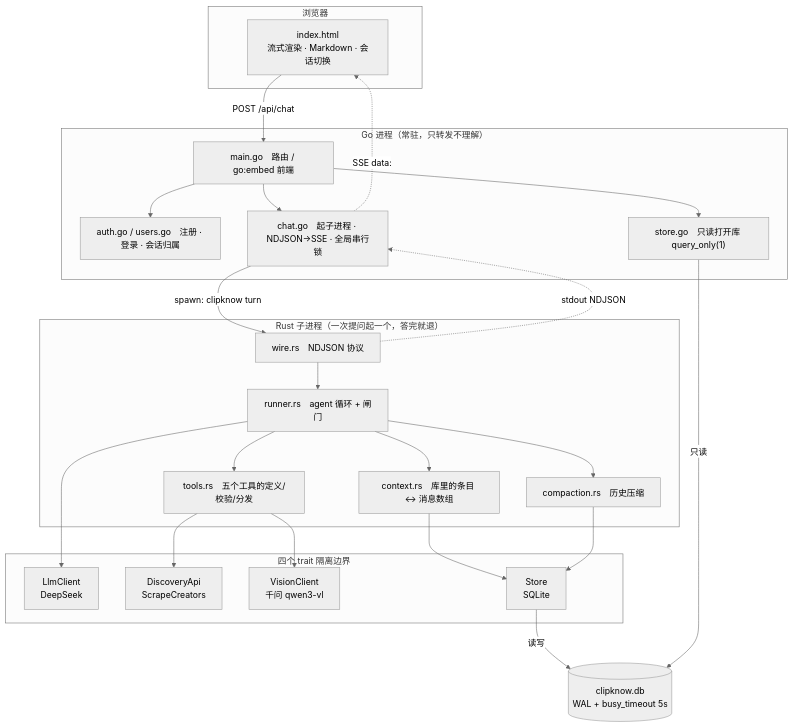
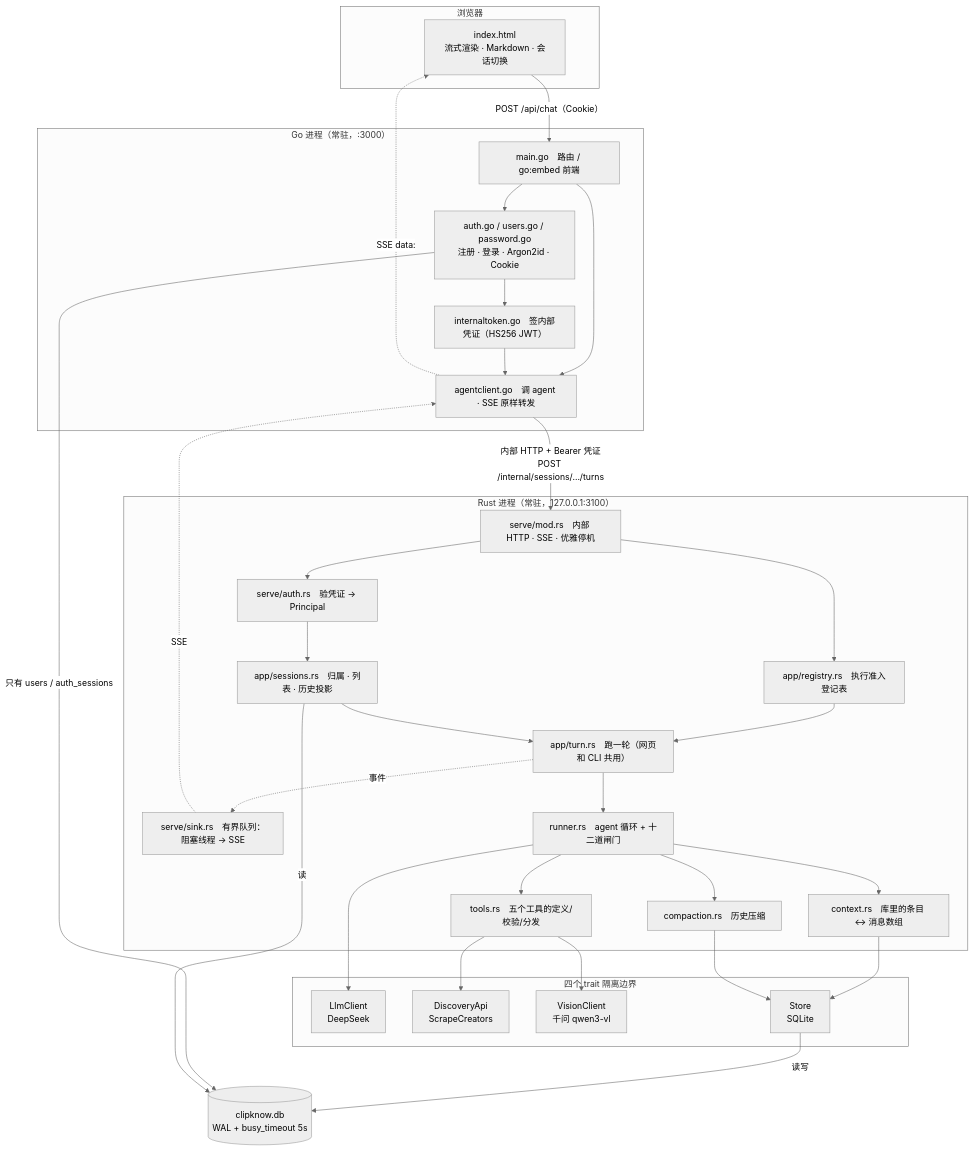
The diagram in README.md (hzroww/ClipKnow), drawn with Mermaid (neutral theme) before and after one commit. The commit also changed other lines of this file and 1 other file, not shown here.

First line of the commit message:
阶段 B ⑤：README 跟上两个常驻服务，agent 容器加停机宽限期

````diff
--- a/README.md
+++ b/README.md
@@ -24,49 +25,62 @@
 ```mermaid
 flowchart TB
     subgraph B["浏览器"]
         UI["index.html<br/>流式渲染 · Markdown · 会话切换"]
     end
 
-    subgraph G["Go 进程（常驻，只转发不理解）"]
+    subgraph G["Go 进程（常驻，:3000）"]
         RT["main.go　路由 / go:embed 前端"]
-        AC["auth.go / users.go　注册 · 登录 · 会话归属"]
-        ST["store.go　只读打开库 query_only(1)"]
-        CH["chat.go　起子进程 · NDJSON→SSE · 全局串行锁"]
+        AU["auth.go / users.go / password.go<br/>注册 · 登录 · Argon2id · Cookie"]
+        TK["internaltoken.go　签内部凭证（HS256 JWT）"]
+        AG["agentclient.go　调 agent · SSE 原样转发"]
     end
 
-    subgraph R["Rust 子进程（一次提问起一个，答完就退）"]
-        WI["wire.rs　NDJSON 协议"]
-        RU["runner.rs　agent 循环 + 闸门"]
+    subgraph R["Rust 进程（常驻，127.0.0.1:3100）"]
+        HT["serve/mod.rs　内部 HTTP · SSE · 优雅停机"]
+        VF["serve/auth.rs　验凭证 → Principal"]
+        SK["serve/sink.rs　有界队列：阻塞线程 → SSE"]
+        AP["app/sessions.rs　归属 · 列表 · 历史投影"]
+        RG["app/registry.rs　执行准入登记表"]
+        TU["app/turn.rs　跑一轮（网页和 CLI 共用）"]
+        RU["runner.rs　agent 循环 + 十二道闸门"]
         CO["compaction.rs　历史压缩"]
         TO["tools.rs　五个工具的定义/校验/分发"]
         CX["context.rs　库里的条目 ↔ 消息数组"]
     end
 
     subgraph X["四个 trait 隔离边界"]
         LL["LlmClient<br/>DeepSeek"]
         DA["DiscoveryApi<br/>ScrapeCreators"]
         VC["VisionClient<br/>千问 qwen3-vl"]
         SS["Store<br/>SQLite"]
     end
 
     DB[("clipknow.db<br/>WAL + busy_timeout 5s")]
 
-    UI -- "POST /api/chat" --> RT
-    RT --> AC
-    RT --> ST
-    RT --> CH
-    CH -- "spawn: clipknow turn" --> WI
-    WI --> RU
+    UI -- "POST /api/chat（Cookie）" --> RT
+    RT --> AU
+    RT --> AG
+    AU --> TK
+    TK --> AG
+    AG -- "内部 HTTP + Bearer 凭证<br/>POST /internal/sessions/…/turns" --> HT
+    HT --> VF
+    VF --> AP
+    HT --> RG
+    RG --> TU
+    AP --> TU
+    TU --> RU
     RU --> CO
     RU --> TO
     RU --> CX
     RU --> LL
     TO --> DA
     TO --> VC
     CX --> SS
     CO --> SS
+    TU -. "事件" .-> SK
+    SK -. "SSE" .-> AG
+    AG -. "SSE data:" .-> UI
     SS -- 读写 --> DB
-    ST -- 只读 --> DB
-    WI -. "stdout NDJSON" .-> CH
-    CH -. "SSE data:" .-> UI
+    AU -- "只有 users / auth_sessions" --> DB
+    AP -- 读 --> DB
 ```
````
